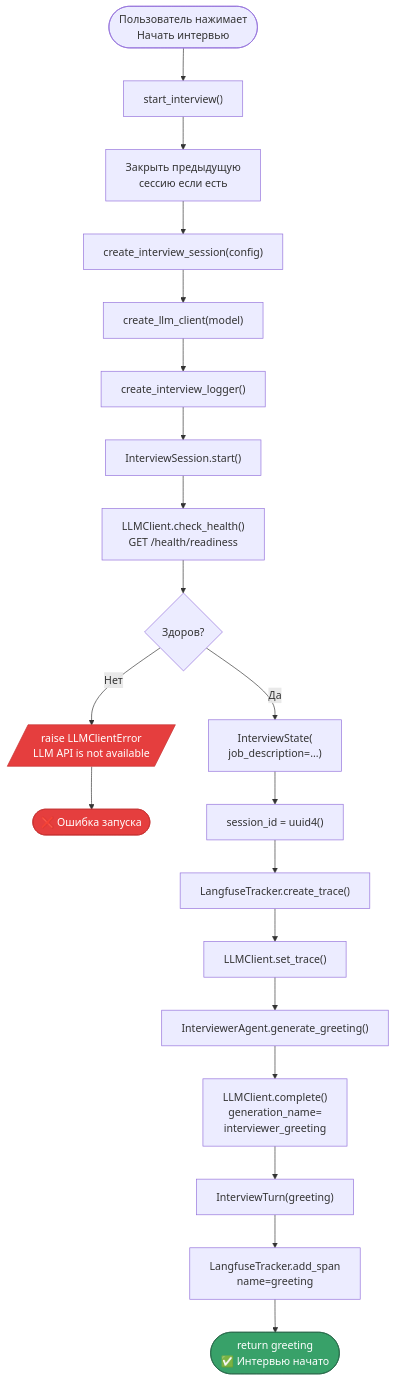
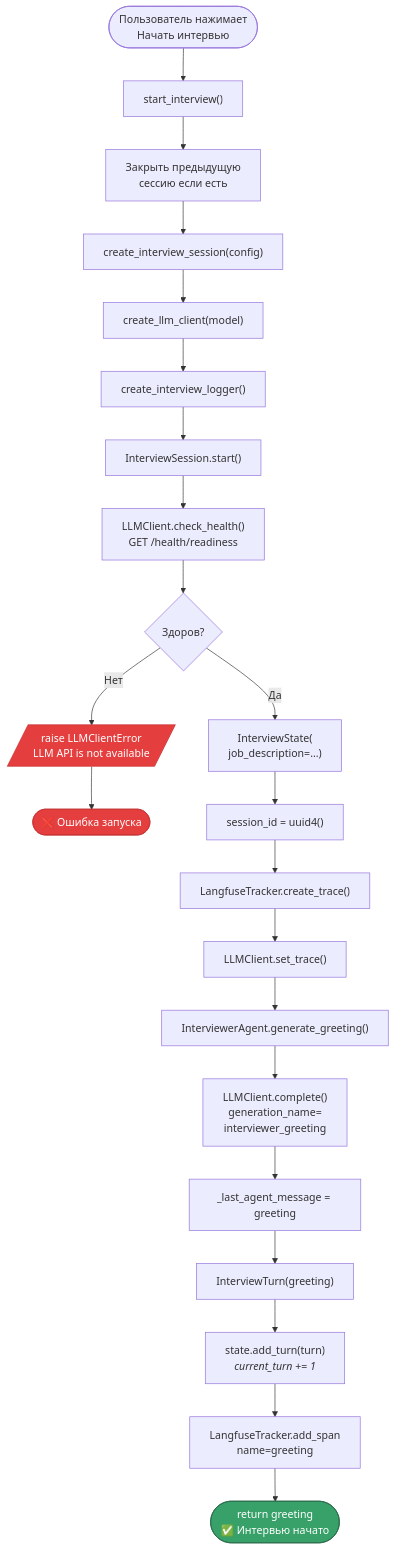
One commit to RomiconEZ/Multi-Agent-Interview-Coach changed the third of 8 diagrams in docs/diagrams/workflow.md. Above: the diagram before and after it, drawn with Mermaid. The commit also changed other lines of this file, not shown here.

Commit message:
Update workflow diagram: clarify response handling and agent interactions, enhance readability

````diff
--- a/docs/diagrams/workflow.md
+++ b/docs/diagrams/workflow.md
@@ -118,28 +119,30 @@
 ```mermaid
 flowchart TD
     A([Пользователь нажимает<br/>Начать интервью]) --> B["start_interview()"]
     B --> B0["Закрыть предыдущую<br/>сессию если есть"]
     B0 --> C["create_interview_session(config)"]
     C --> C1["create_llm_client(model)"]
     C1 --> C2["create_interview_logger()"]
     C2 --> D["InterviewSession.start()"]
 
     D --> E["LLMClient.check_health()<br/>GET /health/readiness"]
     E --> E1{Здоров?}
     E1 -->|Нет| E2[/"raise LLMClientError<br/>LLM API is not available"/]
     E2 --> ERR(["❌ Ошибка запуска"])
 
     E1 -->|Да| F["InterviewState(<br/>job_description=...)"]
     F --> G["session_id = uuid4()"]
     G --> H["LangfuseTracker.create_trace()"]
     H --> I["LLMClient.set_trace()"]
     I --> J["InterviewerAgent.generate_greeting()"]
     J --> J1["LLMClient.complete()<br/>generation_name=<br/>interviewer_greeting"]
-    J1 --> K["InterviewTurn(greeting)"]
-    K --> L["LangfuseTracker.add_span<br/>name=greeting"]
+    J1 --> J2["_last_agent_message = greeting"]
+    J2 --> K["InterviewTurn(greeting)"]
+    K --> K1["state.add_turn(turn)<br/><i>current_turn += 1</i>"]
+    K1 --> L["LangfuseTracker.add_span<br/>name=greeting"]
     L --> M(["return greeting<br/>✅ Интервью начато"])
 
     style E2 fill:#e53e3e,stroke:#c53030,color:#fff
     style ERR fill:#e53e3e,stroke:#c53030,color:#fff
     style M fill:#38a169,stroke:#276749,color:#fff
 ```
````
